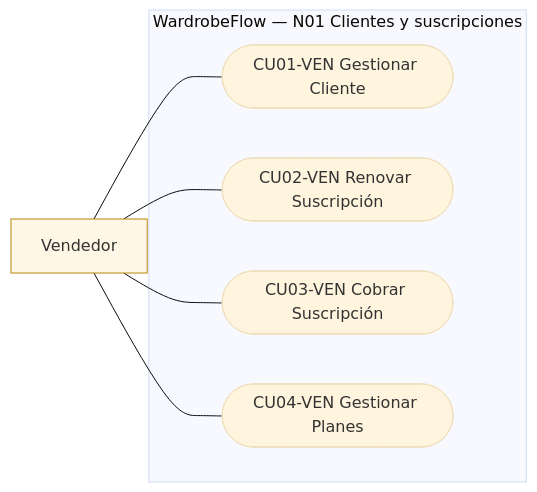
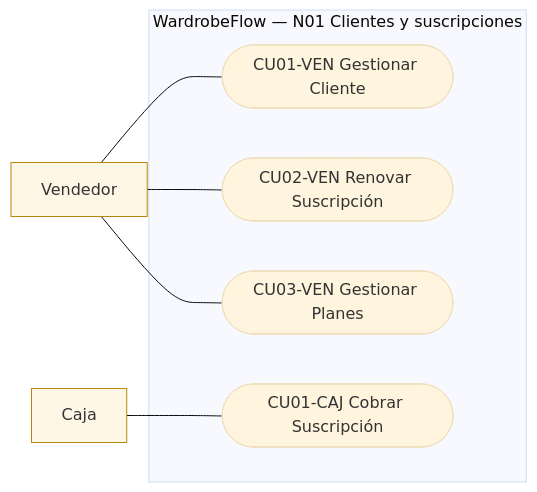
The diagram in docs/diagramas/mermaid/CU_n01_clientes_suscripciones.mmd (valentinamorana/Trabajo-de-Diploma), drawn with Mermaid (base theme) before and after one commit. The commit also changed 14 other files, not shown here.

```diff
--- a/docs/diagramas/mermaid/CU_n01_clientes_suscripciones.mmd
+++ b/docs/diagramas/mermaid/CU_n01_clientes_suscripciones.mmd
@@ -1,13 +1,14 @@
 flowchart LR
   V["Vendedor"]:::actor
+  C["Caja"]:::actor
   subgraph SIS["WardrobeFlow — N01 Clientes y suscripciones"]
     c1(["CU01-VEN Gestionar Cliente"])
     c2(["CU02-VEN Renovar Suscripción"])
-    c3(["CU03-VEN Cobrar Suscripción"])
-    c4(["CU04-VEN Gestionar Planes"])
+    c4(["CU03-VEN Gestionar Planes"])
+    c3(["CU01-CAJ Cobrar Suscripción"])
   end
   V --- c1
   V --- c2
-  V --- c3
   V --- c4
+  C --- c3
   classDef actor fill:#fff7e6,stroke:#b8860b
```
